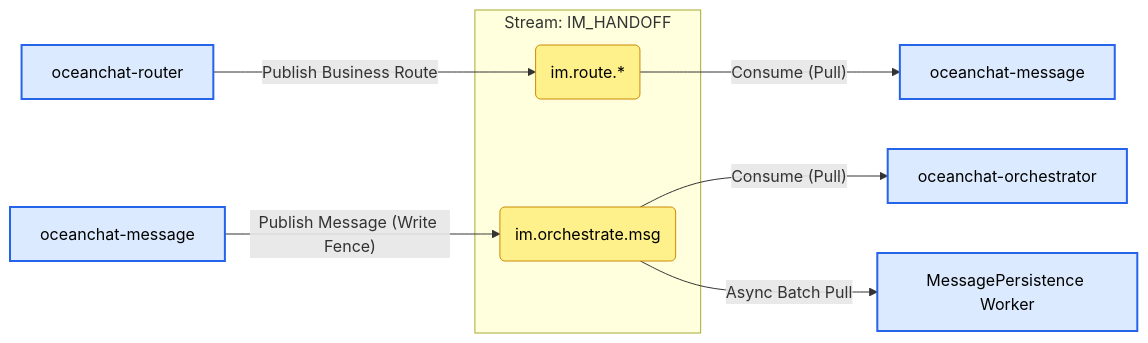
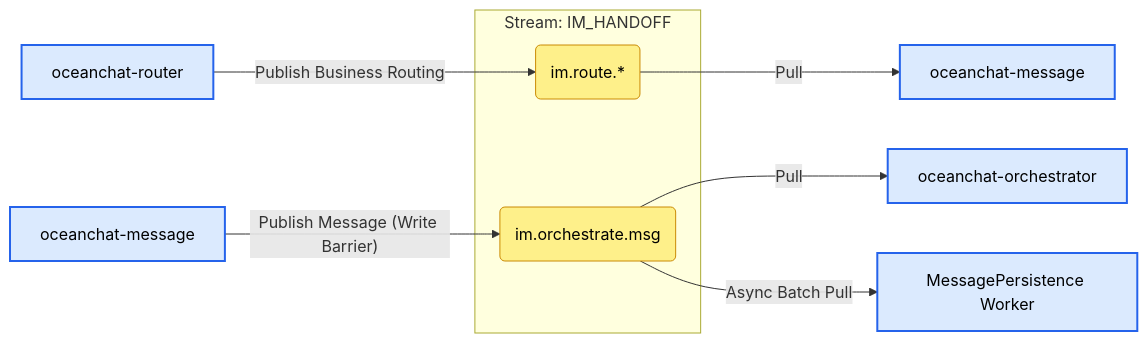
One commit to JamesWilson19970101/ocean.chat.docs changed the third of 12 diagrams in docs/devdocs/jetstream-strategy.md. Above: the diagram before and after it, drawn with Mermaid. The commit also changed other lines of this file and 5 other files, not shown here.

First line of the commit message:
docs(architecture): update JetStream strategy, microservices and ADRs

````diff
--- a/docs/devdocs/jetstream-strategy.md
+++ b/docs/devdocs/jetstream-strategy.md
@@ -129,19 +117,19 @@
 ```mermaid
 flowchart LR
   classDef service fill:#dbeafe,stroke:#2563eb,stroke-width:2px,color:#000;
   classDef subject fill:#fef08a,stroke:#ca8a04,stroke-width:1px,color:#000;
   P_R[oceanchat-router]:::service
   P_M[oceanchat-message]:::service
   C_MG[oceanchat-message]:::service
   C_O[oceanchat-orchestrator]:::service
   C_W[MessagePersistence Worker]:::service
   subgraph Stream: IM_HANDOFF
     SUB1(im.route.*):::subject
     SUB2(im.orchestrate.msg):::subject
   end
-  P_R -- Publish Business Route --> SUB1
-  SUB1 -- Consume (Pull) --> C_MG
-  P_M -- Publish Message (Write Fence) --> SUB2
-  SUB2 -- Consume (Pull) --> C_O
+  P_R -- Publish Business Routing --> SUB1
+  SUB1 -- Pull --> C_MG
+  P_M -- Publish Message (Write Barrier) --> SUB2
+  SUB2 -- Pull --> C_O
   SUB2 -- Async Batch Pull --> C_W
 ```
````
